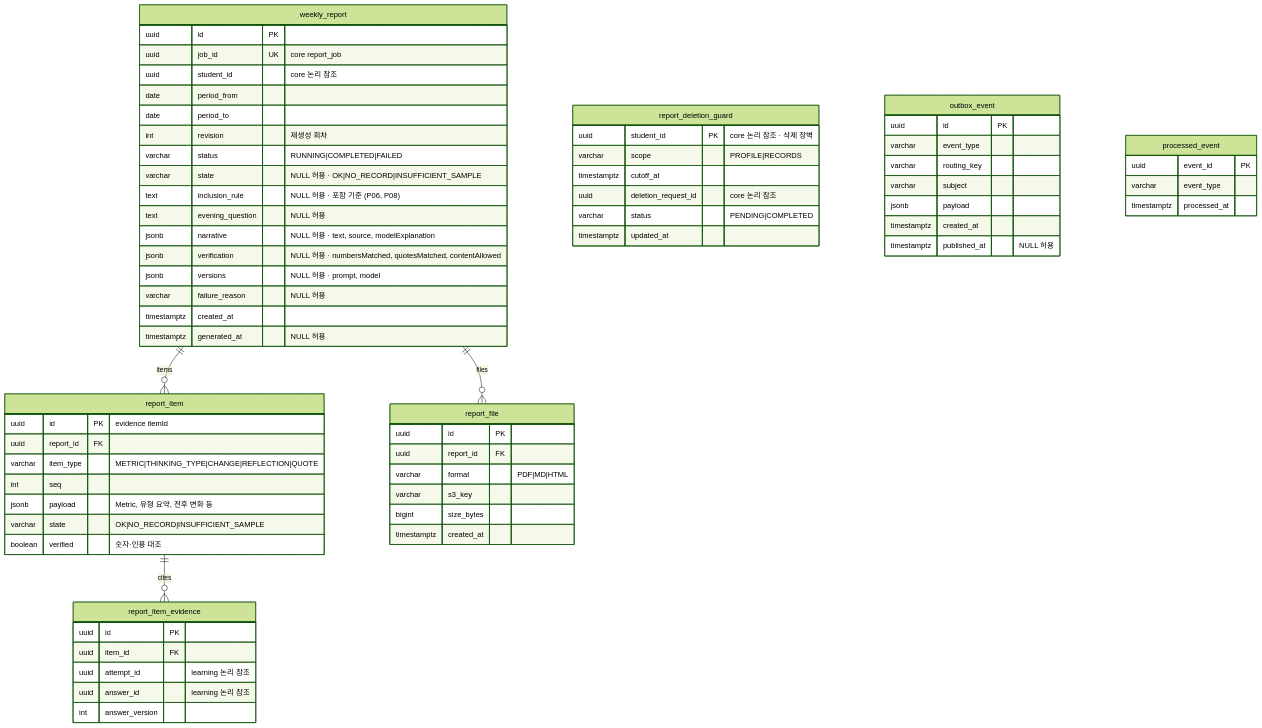
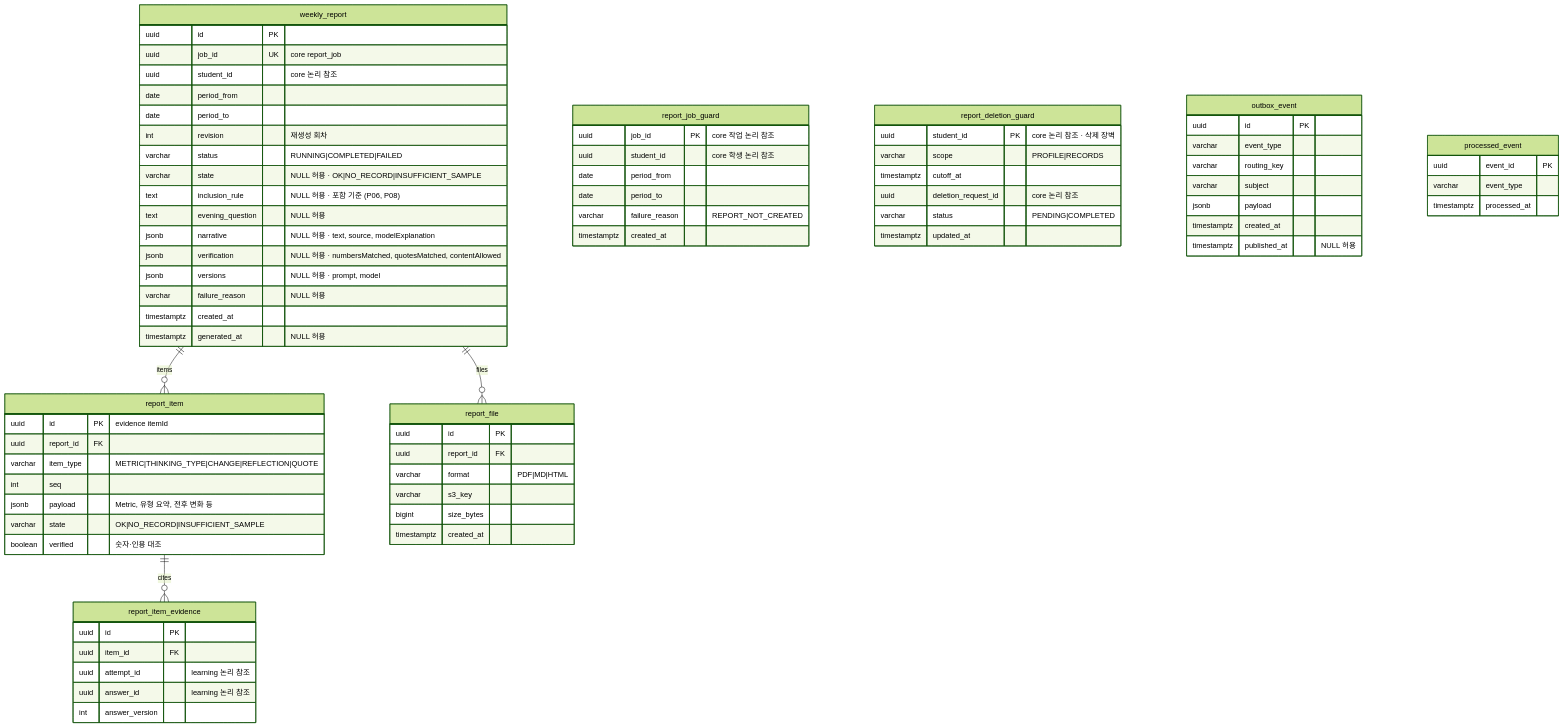
One commit to SKNETWORKS-FAMILY-AICAMP/SKN34-FINAL-3TEAM changed diagram 11 of 11 in docs/design/erd.md. Above: the diagram before and after it, drawn with Mermaid (forest theme). The commit also changed other lines of this file and 32 other files, not shown here.

````diff
--- a/docs/design/erd.md
+++ b/docs/design/erd.md
@@ -952,72 +952,81 @@
 ```mermaid
 erDiagram
   weekly_report ||--o{ report_item : items
   report_item ||--o{ report_item_evidence : cites
   weekly_report ||--o{ report_file : files
+
+  report_job_guard {
+    uuid job_id PK "core 작업 논리 참조"
+    uuid student_id "core 학생 논리 참조"
+    date period_from
+    date period_to
+    varchar failure_reason "REPORT_NOT_CREATED"
+    timestamptz created_at
+  }
 
   report_deletion_guard {
     uuid student_id PK "core 논리 참조 · 삭제 장벽"
     varchar scope "PROFILE|RECORDS"
     timestamptz cutoff_at
     uuid deletion_request_id "core 논리 참조"
     varchar status "PENDING|COMPLETED"
     timestamptz updated_at
   }
 
   weekly_report {
     uuid id PK
     uuid job_id UK "core report_job"
     uuid student_id "core 논리 참조"
     date period_from
     date period_to
     int revision "재생성 회차"
     varchar status "RUNNING|COMPLETED|FAILED"
     varchar state "NULL 허용 · OK|NO_RECORD|INSUFFICIENT_SAMPLE"
     text inclusion_rule "NULL 허용 · 포함 기준 (P06, P08)"
     text evening_question "NULL 허용"
     jsonb narrative "NULL 허용 · text, source, modelExplanation"
     jsonb verification "NULL 허용 · numbersMatched, quotesMatched, contentAllowed"
     jsonb versions "NULL 허용 · prompt, model"
     varchar failure_reason "NULL 허용"
     timestamptz created_at
     timestamptz generated_at "NULL 허용"
   }
   report_item {
     uuid id PK "evidence itemId"
     uuid report_id FK
     varchar item_type "METRIC|THINKING_TYPE|CHANGE|REFLECTION|QUOTE"
     int seq
     jsonb payload "Metric, 유형 요약, 전후 변화 등"
     varchar state "OK|NO_RECORD|INSUFFICIENT_SAMPLE"
     boolean verified "숫자·인용 대조"
   }
   report_item_evidence {
     uuid id PK
     uuid item_id FK
     uuid attempt_id "learning 논리 참조"
     uuid answer_id "learning 논리 참조"
     int answer_version
   }
   report_file {
     uuid id PK
     uuid report_id FK
     varchar format "PDF|MD|HTML"
     varchar s3_key
     bigint size_bytes
     timestamptz created_at
   }
   outbox_event {
     uuid id PK
     varchar event_type
     varchar routing_key
     varchar subject
     jsonb payload
     timestamptz created_at
     timestamptz published_at "NULL 허용"
   }
   processed_event {
     uuid event_id PK
     varchar event_type
     timestamptz processed_at
   }
 ```
````
